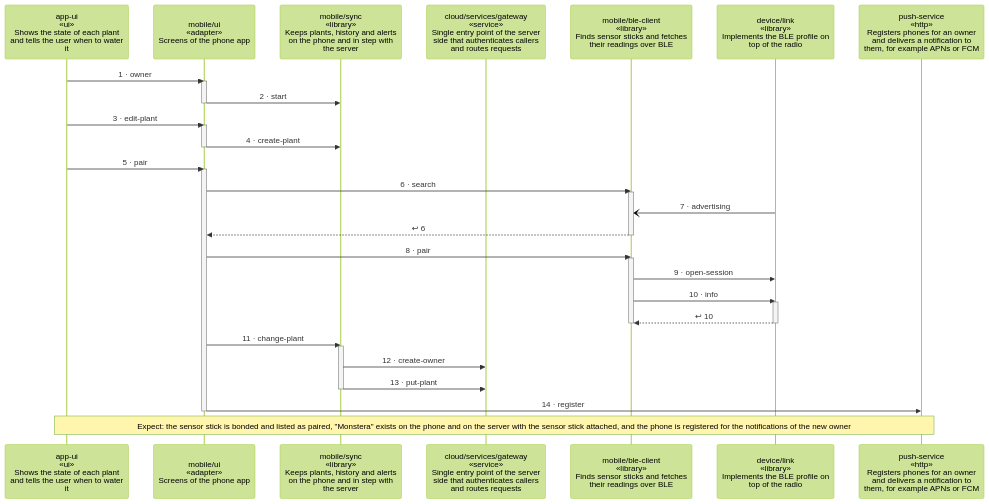
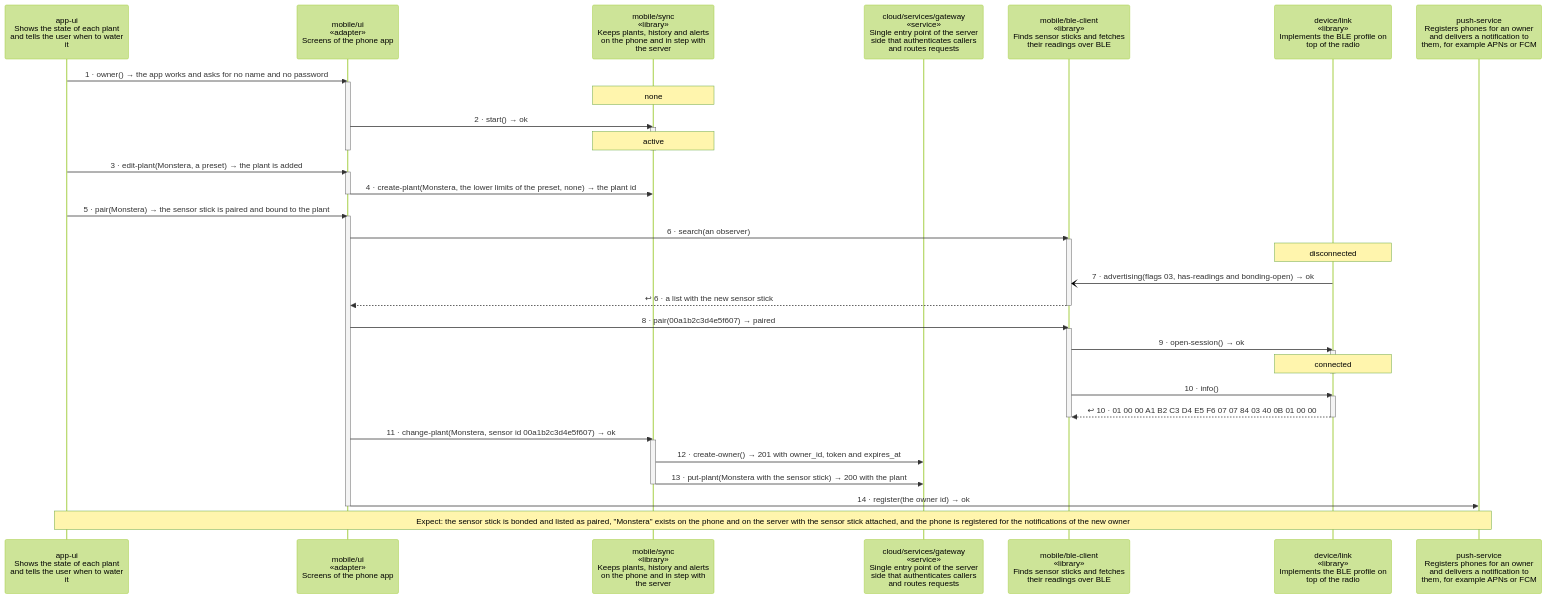
One commit to wackazong/unifold changed the diagram in examples/plantwatch/docs/diagrams/scenario-first-plant.md. Above: the diagram before and after it, drawn with Mermaid (forest theme). The commit also changed other lines of this file and 213 other files, not shown here.

````diff
--- a/examples/plantwatch/docs/diagrams/scenario-first-plant.md
+++ b/examples/plantwatch/docs/diagrams/scenario-first-plant.md
@@ -12,46 +12,54 @@
 ```mermaid
 ---
 config:
   sequence:
     height: 108
 ---
 sequenceDiagram
-  participant papp_dui as app-ui<br/>«ui»<br/>Shows the state of each plant<br/>and tells the user when to water<br/>it
+  participant papp_dui as app-ui<br/>Shows the state of each plant<br/>and tells the user when to water<br/>it
   participant pmobile__ui as mobile/ui<br/>«adapter»<br/>Screens of the phone app
   participant pmobile__sync as mobile/sync<br/>«library»<br/>Keeps plants, history and alerts<br/>on the phone and in step with<br/>the server
   participant pcloud__services__gateway as cloud/services/gateway<br/>«service»<br/>Single entry point of the server<br/>side that authenticates callers<br/>and routes requests
   participant pmobile__ble_dclient as mobile/ble-client<br/>«library»<br/>Finds sensor sticks and fetches<br/>their readings over BLE
   participant pdevice__link as device/link<br/>«library»<br/>Implements the BLE profile on<br/>top of the radio
-  participant ppush_dservice as push-service<br/>«http»<br/>Registers phones for an owner<br/>and delivers a notification to<br/>them, for example APNs or FCM
-  papp_dui->>pmobile__ui: 1 · owner
+  participant ppush_dservice as push-service<br/>Registers phones for an owner<br/>and delivers a notification to<br/>them, for example APNs or FCM
+  papp_dui->>pmobile__ui: 1 · owner() → the app works and asks for no name and no password
   activate pmobile__ui
-  pmobile__ui->>pmobile__sync: 2 · start
+  Note over pmobile__sync: none
+  pmobile__ui->>pmobile__sync: 2 · start() → ok
+  activate pmobile__sync
+  Note over pmobile__sync: active
+  deactivate pmobile__sync
   deactivate pmobile__ui
-  papp_dui->>pmobile__ui: 3 · edit-plant
+  papp_dui->>pmobile__ui: 3 · edit-plant(Monstera, a preset) → the plant is added
   activate pmobile__ui
-  pmobile__ui->>pmobile__sync: 4 · create-plant
+  pmobile__ui->>pmobile__sync: 4 · create-plant(Monstera, the lower limits of the preset, none) → the plant id
   deactivate pmobile__ui
-  papp_dui->>pmobile__ui: 5 · pair
+  papp_dui->>pmobile__ui: 5 · pair(Monstera) → the sensor stick is paired and bound to the plant
   activate pmobile__ui
-  pmobile__ui->>pmobile__ble_dclient: 6 · search
+  pmobile__ui->>pmobile__ble_dclient: 6 · search(an observer)
   activate pmobile__ble_dclient
-  pdevice__link-)pmobile__ble_dclient: 7 · advertising
-  pmobile__ble_dclient-->>pmobile__ui: ↩ 6
+  Note over pdevice__link: disconnected
+  pdevice__link-)pmobile__ble_dclient: 7 · advertising(flags 03, has-readings and bonding-open) → ok
+  pmobile__ble_dclient-->>pmobile__ui: ↩ 6 · a list with the new sensor stick
   deactivate pmobile__ble_dclient
-  pmobile__ui->>pmobile__ble_dclient: 8 · pair
+  pmobile__ui->>pmobile__ble_dclient: 8 · pair(00a1b2c3d4e5f607) → paired
   activate pmobile__ble_dclient
-  pmobile__ble_dclient->>pdevice__link: 9 · open-session
-  pmobile__ble_dclient->>pdevice__link: 10 · info
+  pmobile__ble_dclient->>pdevice__link: 9 · open-session() → ok
   activate pdevice__link
-  pdevice__link-->>pmobile__ble_dclient: ↩ 10
+  Note over pdevice__link: connected
+  deactivate pdevice__link
+  pmobile__ble_dclient->>pdevice__link: 10 · info()
+  activate pdevice__link
+  pdevice__link-->>pmobile__ble_dclient: ↩ 10 · 01 00 00 A1 B2 C3 D4 E5 F6 07 07 84 03 40 0B 01 00 00
   deactivate pdevice__link
   deactivate pmobile__ble_dclient
-  pmobile__ui->>pmobile__sync: 11 · change-plant
+  pmobile__ui->>pmobile__sync: 11 · change-plant(Monstera, sensor id 00a1b2c3d4e5f607) → ok
   activate pmobile__sync
-  pmobile__sync->>pcloud__services__gateway: 12 · create-owner
-  pmobile__sync->>pcloud__services__gateway: 13 · put-plant
+  pmobile__sync->>pcloud__services__gateway: 12 · create-owner() → 201 with owner_id, token and expires_at
+  pmobile__sync->>pcloud__services__gateway: 13 · put-plant(Monstera with the sensor stick) → 200 with the plant
   deactivate pmobile__sync
-  pmobile__ui->>ppush_dservice: 14 · register
+  pmobile__ui->>ppush_dservice: 14 · register(the owner id) → ok
   deactivate pmobile__ui
   Note over papp_dui,ppush_dservice: wrap: Expect: the sensor stick is bonded and listed as paired, #quot;Monstera#quot; exists on the phone and on the server with the sensor stick attached, and the phone is registered for the notifications of the new owner
 ```
````
